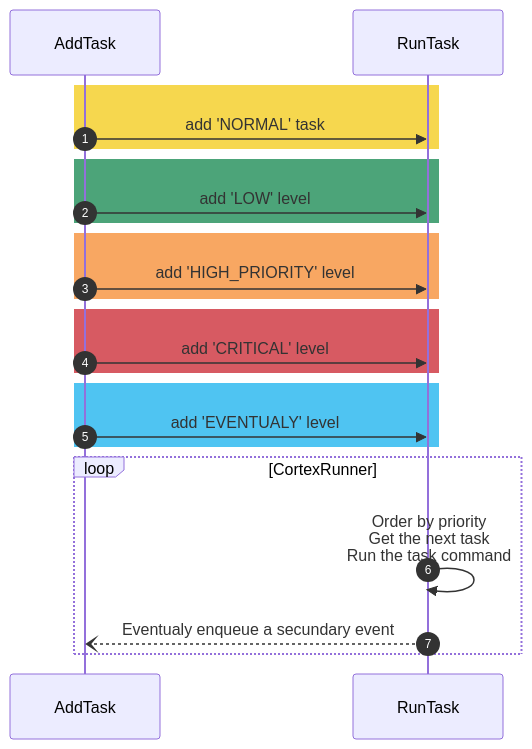
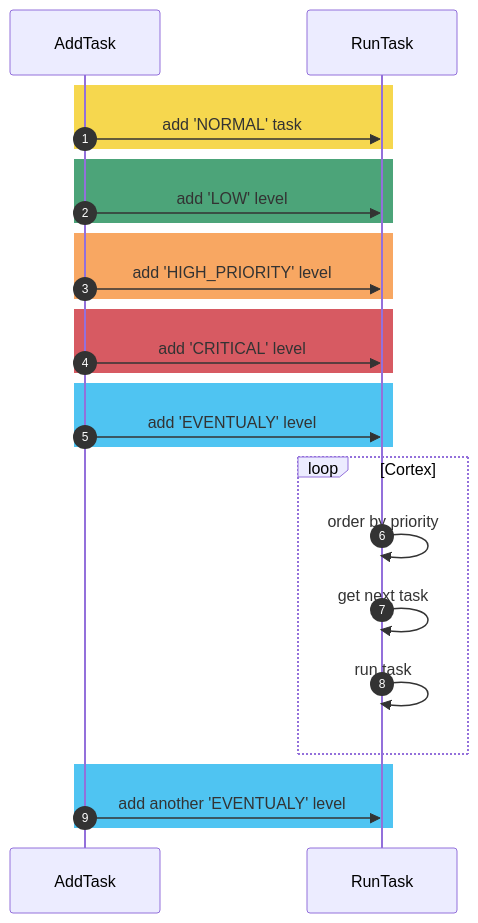
One commit to glaucomunsberg/robot-ia changed the third of 3 diagrams in mkdocs/docs/programming/brain/cortex.md. Above: the diagram before and after it, drawn with Mermaid. The commit also changed other lines of this file and 4 other files, not shown here.

````diff
--- a/mkdocs/docs/programming/brain/cortex.md
+++ b/mkdocs/docs/programming/brain/cortex.md
@@ -101,26 +97,30 @@
 ```mermaid
 sequenceDiagram
   participant AddTask as AddTask
   participant RunTask as RunTask
 
   autonumber
   rect rgba(243,199,4,0.7)
     AddTask ->> RunTask: add 'NORMAL' task
   end
   rect rgba(0,126,64,0.7)
     AddTask ->> RunTask: add 'LOW' level
   end
   rect rgba(246,130,32,0.7)
     AddTask ->> RunTask: add 'HIGH_PRIORITY' level
   end
   rect rgba(198,21,32,0.7)
     AddTask ->> RunTask: add 'CRITICAL' level
   end
   rect rgba(5,172,237,0.7)
     AddTask ->> RunTask: add 'EVENTUALY' level
   end
-  loop CortexRunner
-    RunTask ->> RunTask: Order by priority<br>Get the next task<br>Run the task command
-    RunTask --) AddTask: Eventualy enqueue a secundary event
+  loop Cortex
+    RunTask ->> RunTask: order by priority
+    RunTask ->> RunTask: get next task
+    RunTask ->> RunTask: run task 
+  end
+  rect rgba(5,172,237,0.7)
+    AddTask ->> RunTask: add another 'EVENTUALY' level
   end
 ```
````
